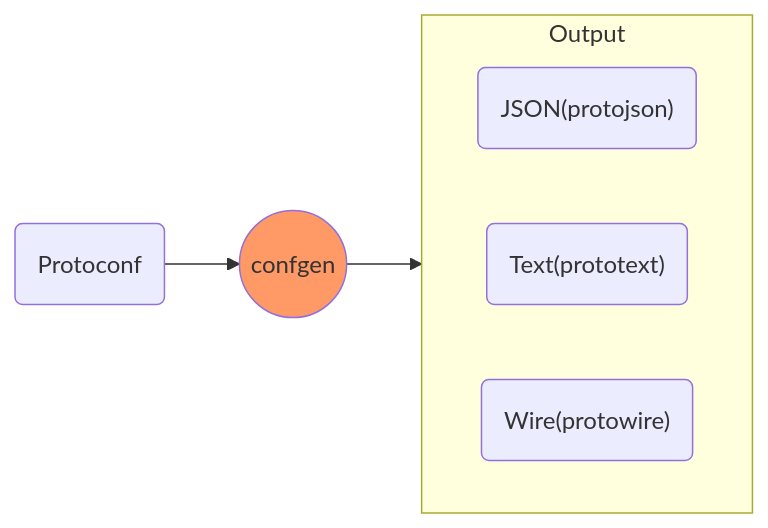
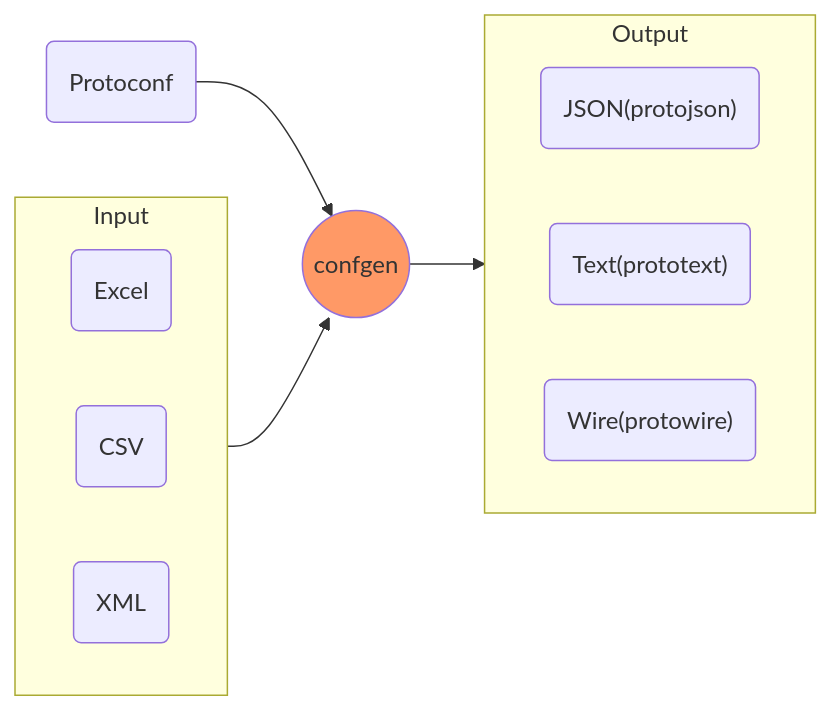
The second of 2 diagrams in content/en/docs/prologue/introduction.md (tableauio/tableauio.github.io), drawn with Mermaid before and after one commit. The commit also changed other lines of this file and 9 other files, not shown here.

````diff
--- a/content/en/docs/prologue/introduction.md
+++ b/content/en/docs/prologue/introduction.md
@@ -38,13 +38,21 @@
 ```mermaid
 flowchart LR
+  subgraph Input
+    direction RL
+    I1(Excel)
+    I2(CSV)
+    I3(XML)
+  end
+  
+  Input --> B
   A(Protoconf) --> B
   B((confgen)):::orangecalss --> Output
   classDef orangecalss fill:#f96;
   
   subgraph Output
     direction RL
     O1("JSON(protojson)")
     O2("Text(prototext)")
     O3("Wire(protowire)")
   end
 ```
````
